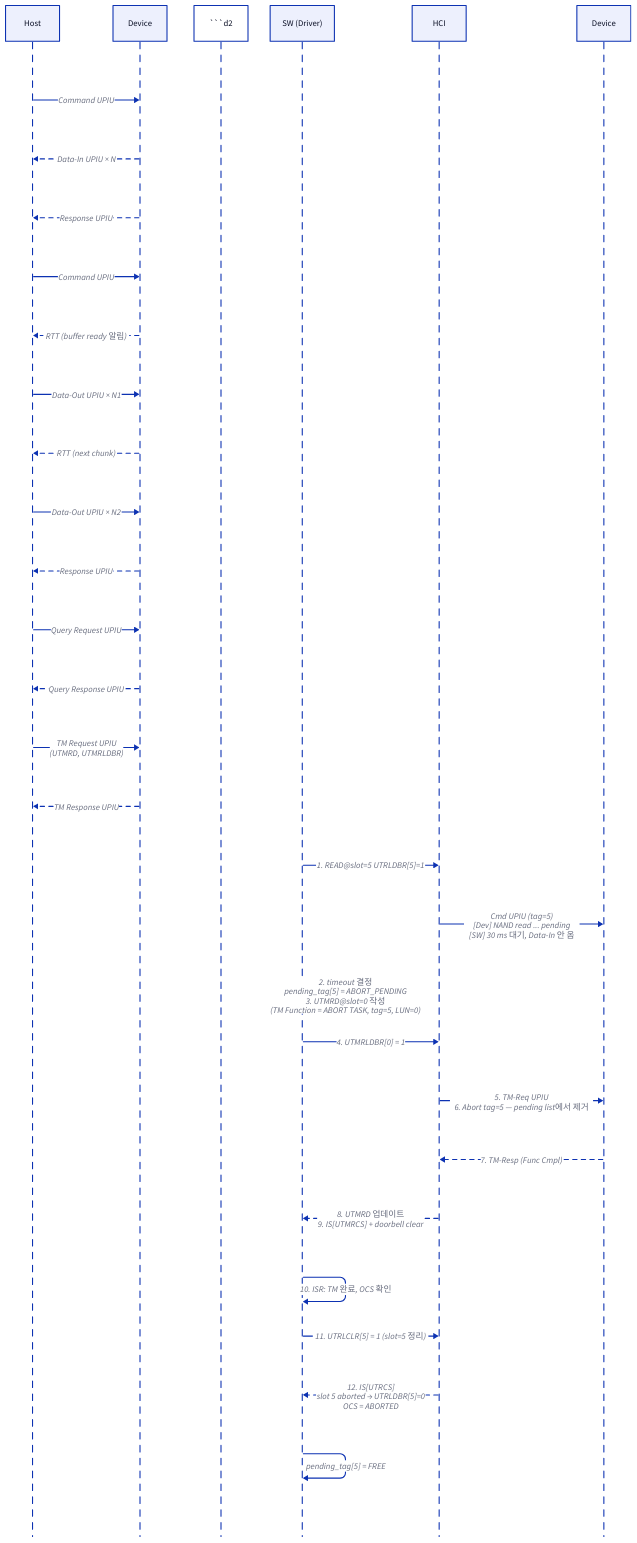
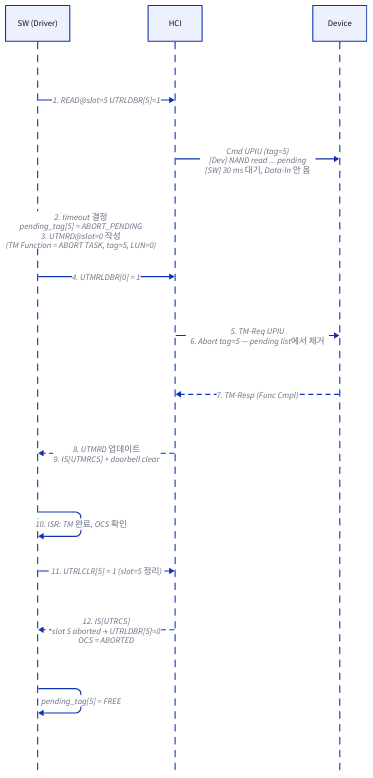
One commit to humbleowl39/DV_SKOOL changed the fifth of 6 diagrams in topics/ufs_hci/docs/03_upiu_command_flow.md. Above: the diagram before and after it, drawn with D2. The commit also changed other lines of this file and 29 other files, not shown here.

First line of the commit message:
D2 SVG 사이즈 제한 + 잔여 mermaid (legacy 포함) 모두 D2 로 변환

````diff
--- a/topics/ufs_hci/docs/03_upiu_command_flow.md
+++ b/topics/ufs_hci/docs/03_upiu_command_flow.md
@@ -84,70 +147,19 @@
-    ```d2
-shape: sequence_diagram
-
-H: "Host"
-D: "Device"
-H: "Host"
-D: "Device"
-H: "Host"
-D: "Device"
-H: "Host"
-D: "Device"
-
-# Note over H: 같은 Task Tag 로 묶임 (single tag)
-# Note over H: single tag, RTT 가 buffer 협상
-# Note over H: Tag 는 Q-Resp 매칭용
-# Note over H: Task Tag = abort 대상
-H -> D: "Command UPIU"
-D -> H: "Data-In UPIU × N" { style.stroke-dash: 4 }
-D -> H: "Response UPIU" { style.stroke-dash: 4 }
-# unparsed: ```
-# unparsed: === "WRITE (data path)"
-# unparsed: ```mermaid
-# unparsed: sequenceDiagram
-H -> D: "Command UPIU"
-D -> H: "RTT (buffer ready 알림)" { style.stroke-dash: 4 }
-H -> D: "Data-Out UPIU × N1"
-D -> H: "RTT (next chunk)" { style.stroke-dash: 4 }
-H -> D: "Data-Out UPIU × N2"
-D -> H: "Response UPIU" { style.stroke-dash: 4 }
-# unparsed: ```
-# unparsed: === "QUERY (control path)"
-# unparsed: ```mermaid
-# unparsed: sequenceDiagram
-H -> D: "Query Request UPIU"
-D -> H: "Query Response UPIU" { style.stroke-dash: 4 }
-# unparsed: ```
-# unparsed: === "ABORT (task mgmt)"
-# unparsed: ```mermaid
-# unparsed: sequenceDiagram
-H -> D: "TM Request UPIU\n(UTMRD, UTMRLDBR)"
-D -> H: "TM Response UPIU" { style.stroke-dash: 4 }
-# unparsed: ```
-# unparsed: ### 왜 이 디자인인가 — Design rationale
-# unparsed: 세 가지 패턴이 동시에 풀려야 했습니다.
-# unparsed: 1. **고정 길이 header + 가변 length payload** — Cmd (16 B CDB), Response (sense), Data (~MTU), Query (parameter), TM (control) 이 모두 같은 12 B header 로 시작 → driver / HCI 가 _Transaction Type_ 만 보고 디스패치.
-# unparsed: 2. **Multi-packet 메시지** (READ 4 KB → Data-In × N) 의 식별 — Task Tag 가 모든 fragment 에 동일하게 붙어 reassembly 가능.
-# unparsed: 3. **Data path 와 Task Mgmt 의 분리** — Abort / Reset 이 _별도 list (UTMRL)_ 과 _별도 doorbell (UTMRLDBR)_ 로 가야 Transfer 가 stuck 됐을 때도 control 가능.
-# unparsed: 이 셋의 교집합이 **공통 12 B UPIU header + Transaction Type 디스패치 + Task Tag lifecycle + Transfer/Task-Mgmt 분리** 의 디자인입니다.
-# unparsed: ---
-# unparsed: ## 3. 작은 예 — Task Mgmt Abort Task 한 사이클
-# unparsed: 가장 단순한 시나리오. slot=5 의 READ 명령이 device 에서 응답 없이 stuck. SW 가 30 ms timeout 후 **Abort Task** 를 발행 → device 가 해당 task 를 취소 → Transfer slot 이 정리. 이 한 사이클의 두 list / 두 doorbell / 두 IRQ 흐름을 추적합니다.
 ```d2
 shape: sequence_diagram
 
 SW: "SW (Driver)"
 HCI: HCI
 Dev: Device
 
 SW -> HCI: "1. READ@slot=5  UTRLDBR[5]=1"
 HCI -> Dev: "Cmd UPIU (tag=5)\n[Dev] NAND read ... pending\n[SW] 30 ms 대기, Data-In 안 옴"
 SW -> SW: "2. timeout 결정\npending_tag[5] = ABORT_PENDING\n3. UTMRD@slot=0 작성\n(TM Function = ABORT TASK, tag=5, LUN=0)"
 SW -> HCI: "4. UTMRLDBR[0] = 1"
 HCI -> Dev: "5. TM-Req UPIU\n6. Abort tag=5 — pending list에서 제거"
 Dev -> HCI: "7. TM-Resp (Func Cmpl)" { style.stroke-dash: 4 }
 HCI -> SW: "8. UTMRD 업데이트\n9. IS[UTMRCS] + doorbell clear" { style.stroke-dash: 4 }
 SW -> SW: "10. ISR: TM 완료, OCS 확인"
 SW -> HCI: "11. UTRLCLR[5] = 1 (slot=5 정리)"
 HCI -> SW: "12. IS[UTRCS]\nslot 5 aborted → UTRLDBR[5]=0\nOCS = ABORTED" { style.stroke-dash: 4 }
 SW -> SW: "pending_tag[5] = FREE"
 ```
````
